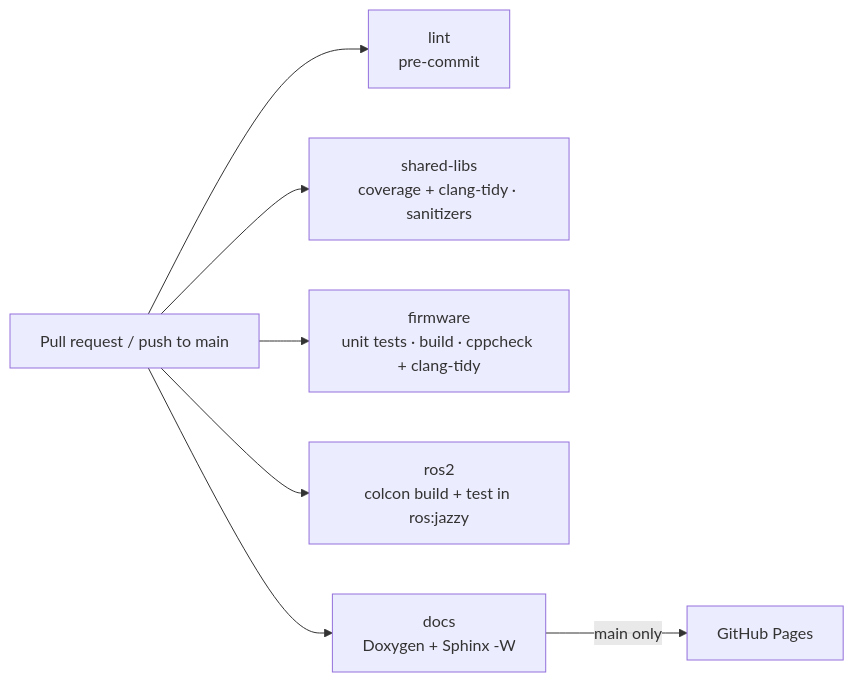
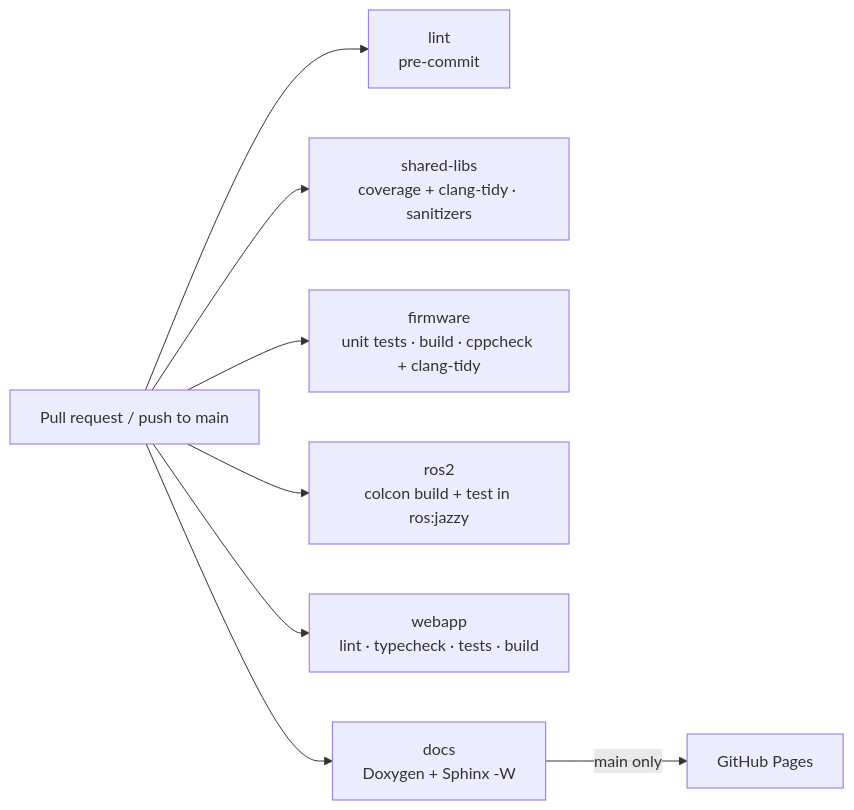
Before and after one commit to dagebg/ros2-self-balancing-robot: the diagram in docs/source/development/ci-cd.md, drawn with Mermaid. The commit also changed other lines of this file and 8 other files, not shown here.

First line of the commit message:
docs(webapp): document the web app and the rosbridge decision

````diff
--- a/docs/source/development/ci-cd.md
+++ b/docs/source/development/ci-cd.md
@@ -6,9 +6,10 @@
 ```mermaid
 flowchart LR
   PR["Pull request / push to main"] --> LINT["lint<br/>pre-commit"]
   PR --> SH["shared-libs<br/>coverage + clang-tidy · sanitizers"]
   PR --> FW["firmware<br/>unit tests · build · cppcheck + clang-tidy"]
   PR --> ROS["ros2<br/>colcon build + test in ros:jazzy"]
+  PR --> WEB["webapp<br/>lint · typecheck · tests · build"]
   PR --> DOCS["docs<br/>Doxygen + Sphinx -W"]
   DOCS -- "main only" --> PAGES["GitHub Pages"]
 ```
````
